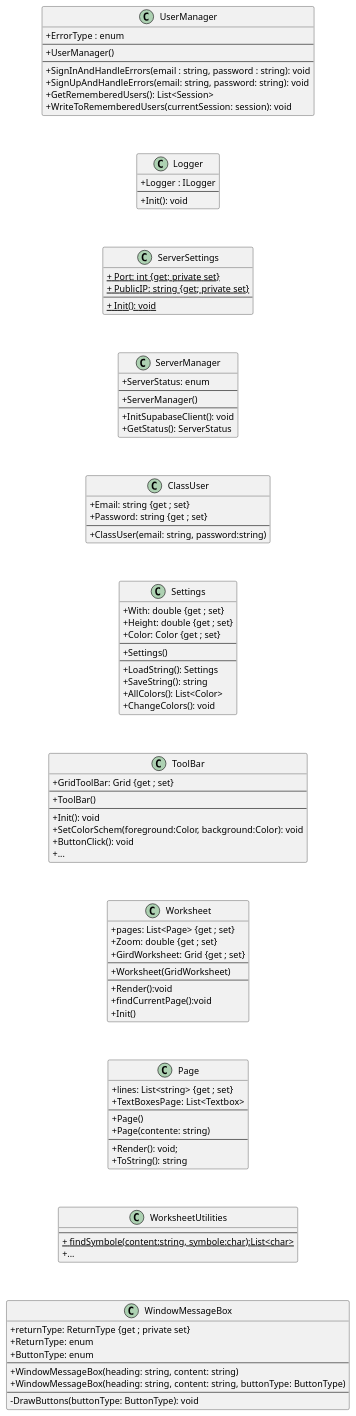
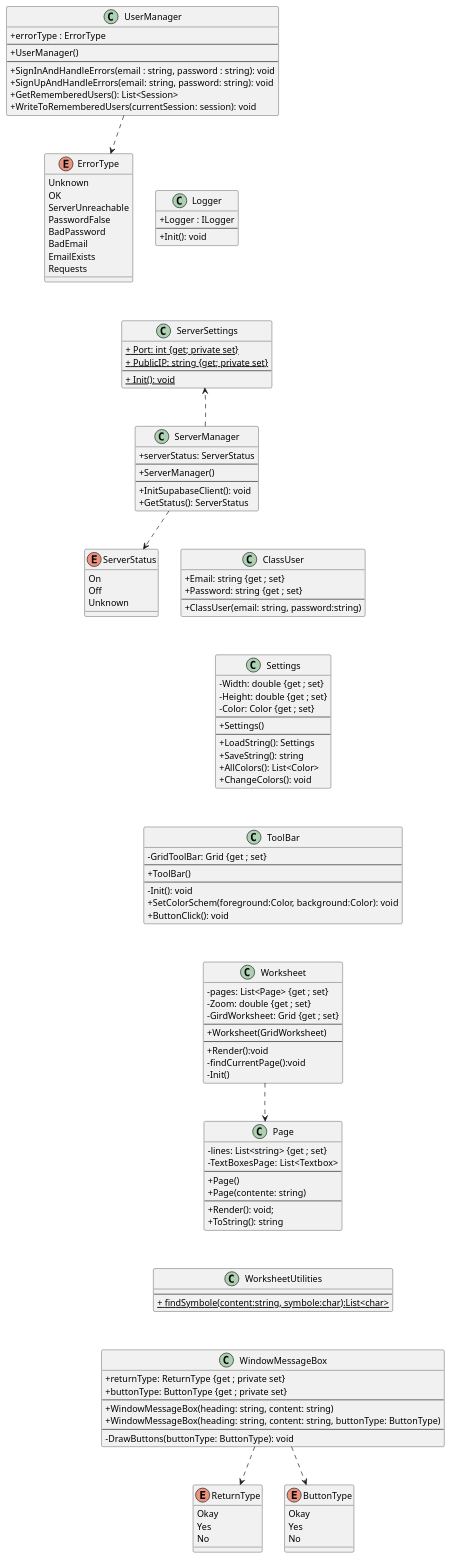
One commit to potexxi/MarkIt changed the diagram in doc/idea.md. Above: the diagram before and after it, drawn with PlantUML. The commit also changed other lines of this file and 2 other files, not shown here.

Commit message:
finish planation
We finished the planation

```diff
--- a/doc/idea.md
+++ b/doc/idea.md
@@ -62,10 +62,9 @@
 @startuml
 top to bottom direction
-
 skinparam classAttributeIconSize 0
 
 class UserManager {
-    + ErrorType : enum
+    + errorType : ErrorType
     --
     + UserManager()
     --
@@ -74,6 +73,19 @@
     + GetRememberedUsers(): List<Session>
     + WriteToRememberedUsers(currentSession: session): void
 }
+
+enum ErrorType{
+    Unknown
+    OK
+    ServerUnreachable
+    PasswordFalse
+    BadPassword
+    BadEmail
+    EmailExists
+    Requests
+}
+
+UserManager ..> ErrorType
 
 class Logger {
     + Logger : ILogger
@@ -89,13 +101,22 @@
 }
 
 class ServerManager{
-    + ServerStatus: enum
+    + serverStatus: ServerStatus
     --
     + ServerManager()
     --
     + InitSupabaseClient(): void
     + GetStatus(): ServerStatus
 }
+
+enum ServerStatus{
+    On
+    Off
+    Unknown
+}
+
+ServerManager ..> ServerSettings
+ServerManager ..> ServerStatus
 
 class ClassUser{
     + Email: string {get ; set}
@@ -105,9 +126,9 @@
 }
 
 class Settings{
-    + With: double {get ; set}
-    + Height: double {get ; set}
-    + Color: Color {get ; set}
+    - Width: double {get ; set}
+    - Height: double {get ; set}
+    - Color: Color {get ; set}
     --
     + Settings()
     --
@@ -118,31 +139,30 @@
 }
 
 class ToolBar{
-    + GridToolBar: Grid {get ; set}
+    - GridToolBar: Grid {get ; set}
     --
     + ToolBar()
     --
-    + Init(): void
+    - Init(): void
     + SetColorSchem(foreground:Color, background:Color): void
     + ButtonClick(): void
-    + ...
 }
 
 class Worksheet{
-    + pages: List<Page> {get ; set}
-    + Zoom: double {get ; set}
-    + GirdWorksheet: Grid {get ; set}
+    - pages: List<Page> {get ; set}
+    - Zoom: double {get ; set}
+    - GirdWorksheet: Grid {get ; set}
     --
     + Worksheet(GridWorksheet)
     --
     + Render():void
-    + findCurrentPage():void
-    + Init()
+    - findCurrentPage():void
+    - Init()
 }
 
 class Page{
-    + lines: List<string> {get ; set}
-    + TextBoxesPage: List<Textbox>
+    - lines: List<string> {get ; set}
+    - TextBoxesPage: List<Textbox>
     --
     + Page()
     + Page(contente: string)
@@ -154,13 +174,11 @@
 class WorksheetUtilities{
     --
     <u>+ findSymbole(content:string, symbole:char):List<char>
-    + ...
 }
 
 class WindowMessageBox{
     + returnType: ReturnType {get ; private set}
-    + ReturnType: enum
-    + ButtonType: enum
+    + buttonType: ButtonType {get ; private set}
     --
     + WindowMessageBox(heading: string, content: string)
     + WindowMessageBox(heading: string, content: string, buttonType: ButtonType)
@@ -168,7 +186,22 @@
     - DrawButtons(buttonType: ButtonType): void
 }
 
+enum ReturnType{
+    Okay
+    Yes
+    No
+}
 
+enum ButtonType{
+    Okay
+    Yes
+    No
+}
+
+WindowMessageBox ..> ReturnType
+WindowMessageBox ..> ButtonType
+
+Worksheet ..> Page
 
 ' ChatGPT Anfang
 ' prompt: wie kann ich in plantuml diagramme untereinenader machen
```
